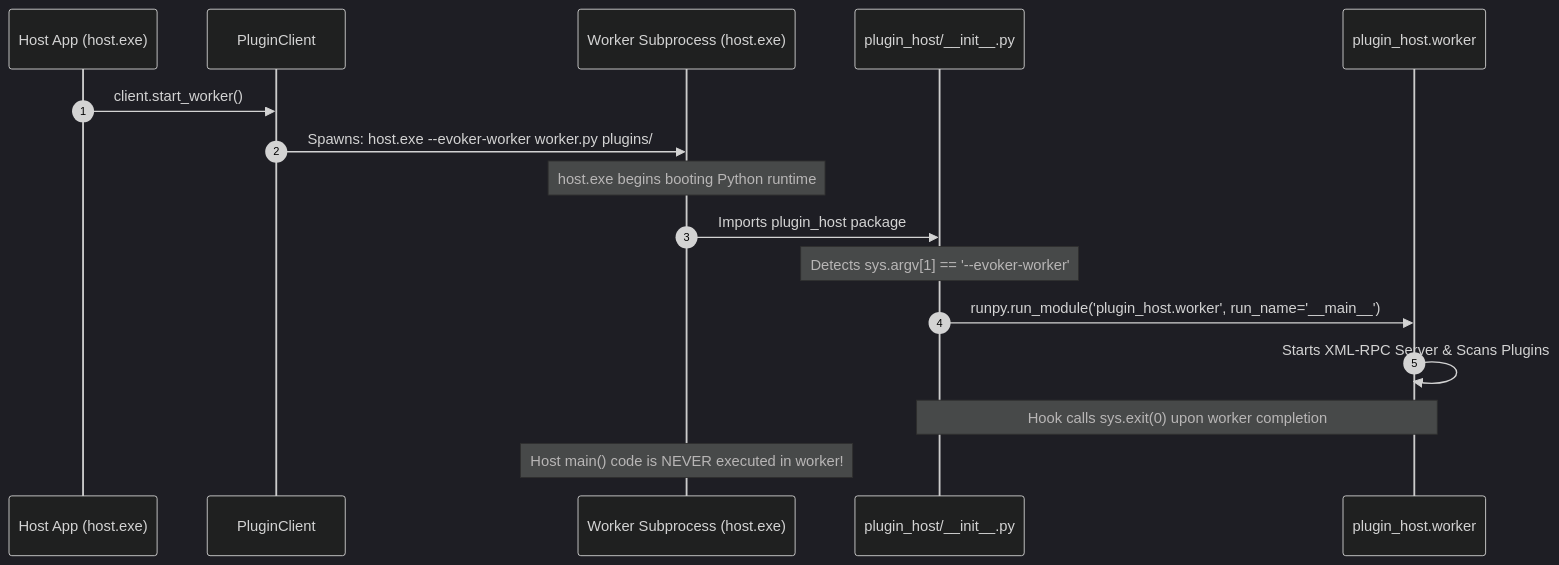
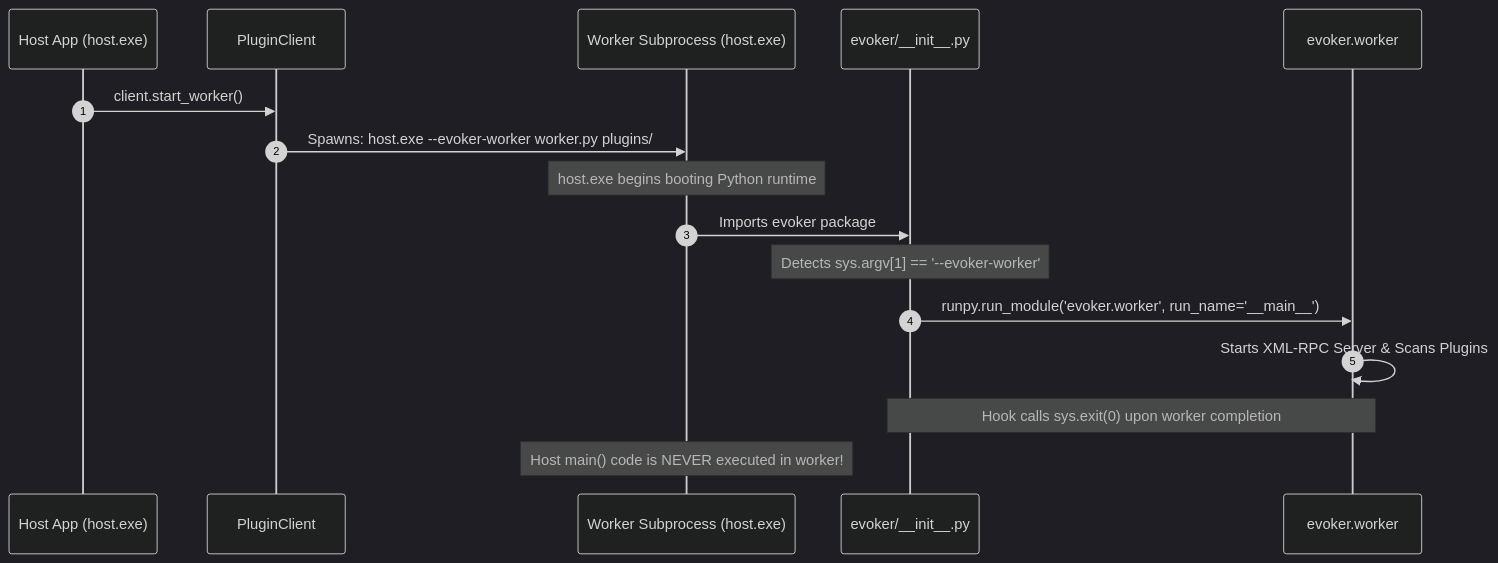
One commit to vxlk/evoker changed the diagram in doc/docs/guides/pyinstaller.md. Above: the diagram before and after it, drawn with Mermaid (dark theme). The commit also changed other lines of this file and 85 other files, not shown here.

````diff
--- a/doc/docs/guides/pyinstaller.md
+++ b/doc/docs/guides/pyinstaller.md
@@ -61,19 +61,19 @@
 ```mermaid
 sequenceDiagram
     autonumber
     participant Host as Host App (host.exe)
     participant Client as PluginClient
     participant Sub as Worker Subprocess (host.exe)
-    participant Hook as plugin_host/__init__.py
-    participant Worker as plugin_host.worker
+    participant Hook as evoker/__init__.py
+    participant Worker as evoker.worker
 
     Host->>Client: client.start_worker()
     Client->>Sub: Spawns: host.exe --evoker-worker worker.py plugins/
     Note over Sub: host.exe begins booting Python runtime
-    Sub->>Hook: Imports plugin_host package
+    Sub->>Hook: Imports evoker package
     Note over Hook: Detects sys.argv[1] == '--evoker-worker'
-    Hook->>Worker: runpy.run_module('plugin_host.worker', run_name='__main__')
+    Hook->>Worker: runpy.run_module('evoker.worker', run_name='__main__')
     Worker->>Worker: Starts XML-RPC Server & Scans Plugins
     Note over Hook,Worker: Hook calls sys.exit(0) upon worker completion
     Note over Sub: Host main() code is NEVER executed in worker!
 ```
````
